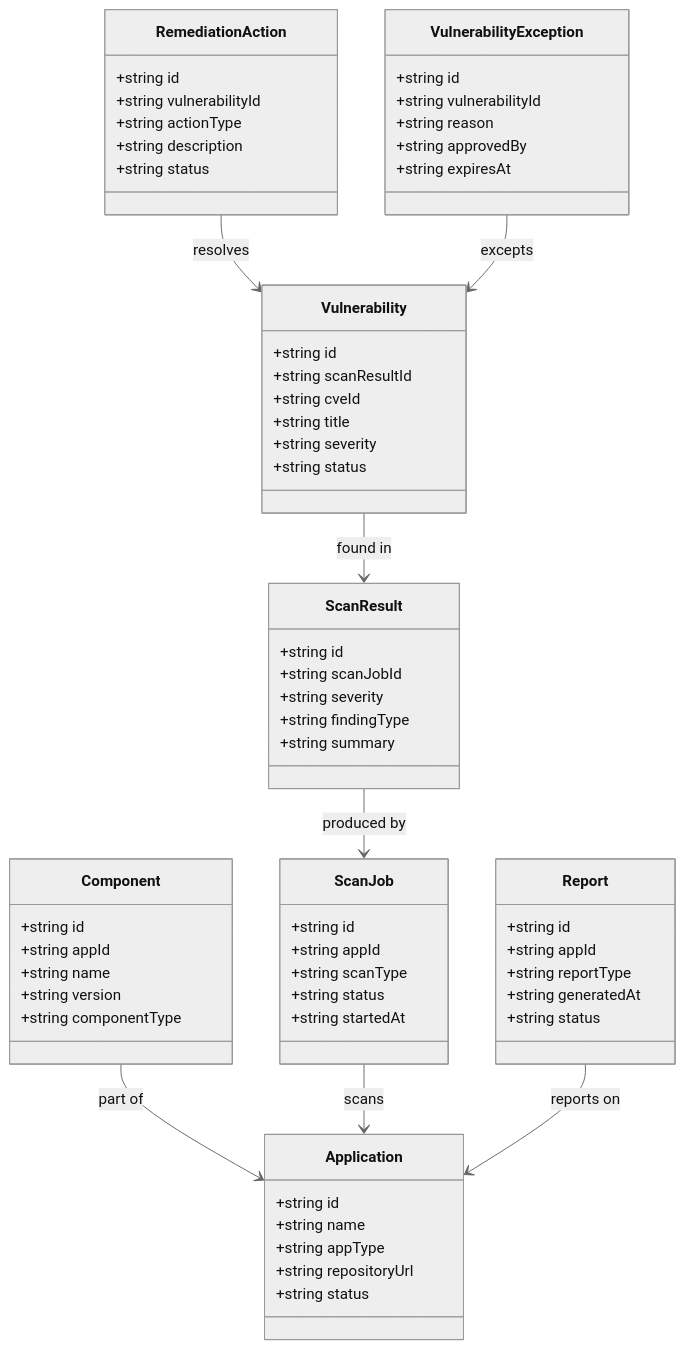
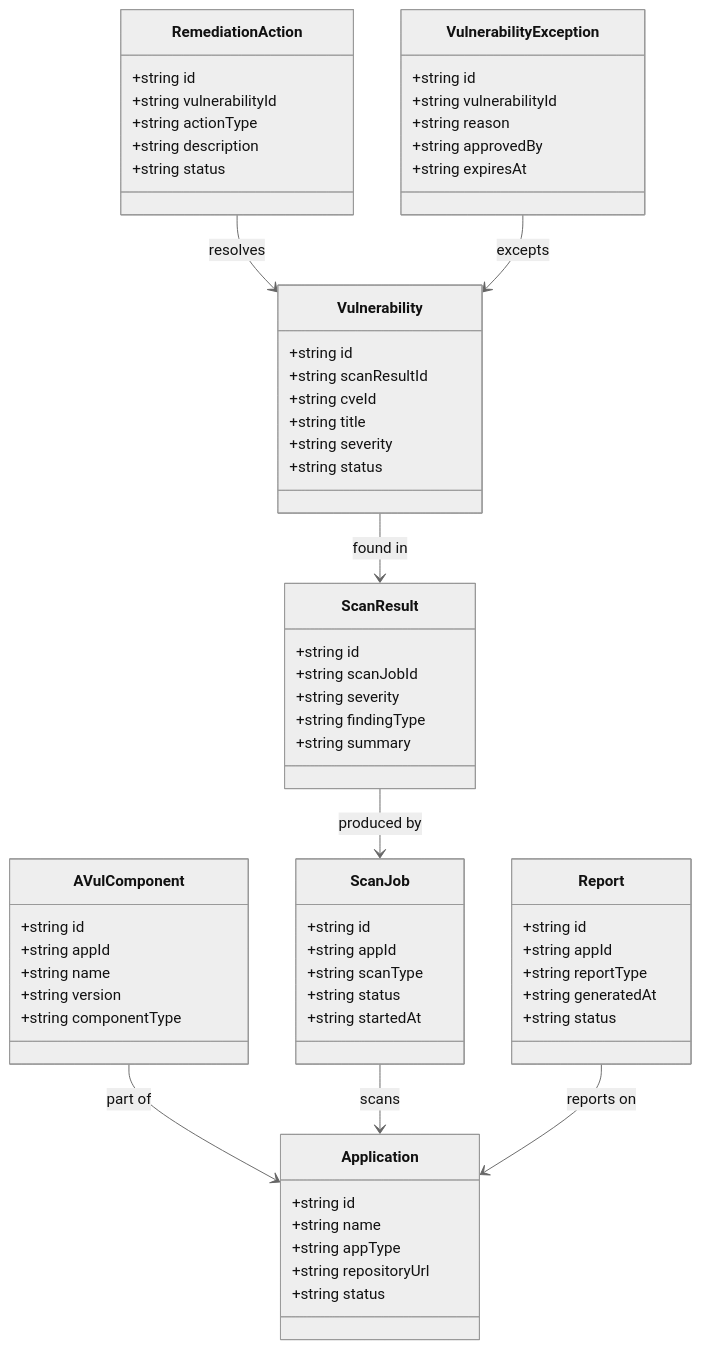
The first of 3 diagrams in application-vulnerability/UML.md (UIMSolutions/uim-platform), drawn with Mermaid (neutral theme) before and after one commit. The commit also changed other lines of this file and 125 other files, not shown here.

````diff
--- a/application-vulnerability/UML.md
+++ b/application-vulnerability/UML.md
@@ -10,68 +10,68 @@
 ```mermaid
 classDiagram
     class Application {
         +string id
         +string name
         +string appType
         +string repositoryUrl
         +string status
     }
-    class Component {
+    class AVulComponent {
         +string id
         +string appId
         +string name
         +string version
         +string componentType
     }
     class ScanJob {
         +string id
         +string appId
         +string scanType
         +string status
         +string startedAt
     }
     class ScanResult {
         +string id
         +string scanJobId
         +string severity
         +string findingType
         +string summary
     }
     class Vulnerability {
         +string id
         +string scanResultId
         +string cveId
         +string title
         +string severity
         +string status
     }
     class RemediationAction {
         +string id
         +string vulnerabilityId
         +string actionType
         +string description
         +string status
     }
     class Report {
         +string id
         +string appId
         +string reportType
         +string generatedAt
         +string status
     }
     class VulnerabilityException {
         +string id
         +string vulnerabilityId
         +string reason
         +string approvedBy
         +string expiresAt
     }
 
-    Component --> Application : part of
+    AVulComponent --> Application : part of
     ScanJob --> Application : scans
     ScanResult --> ScanJob : produced by
     Vulnerability --> ScanResult : found in
     RemediationAction --> Vulnerability : resolves
     Report --> Application : reports on
     VulnerabilityException --> Vulnerability : excepts
 ```
````
